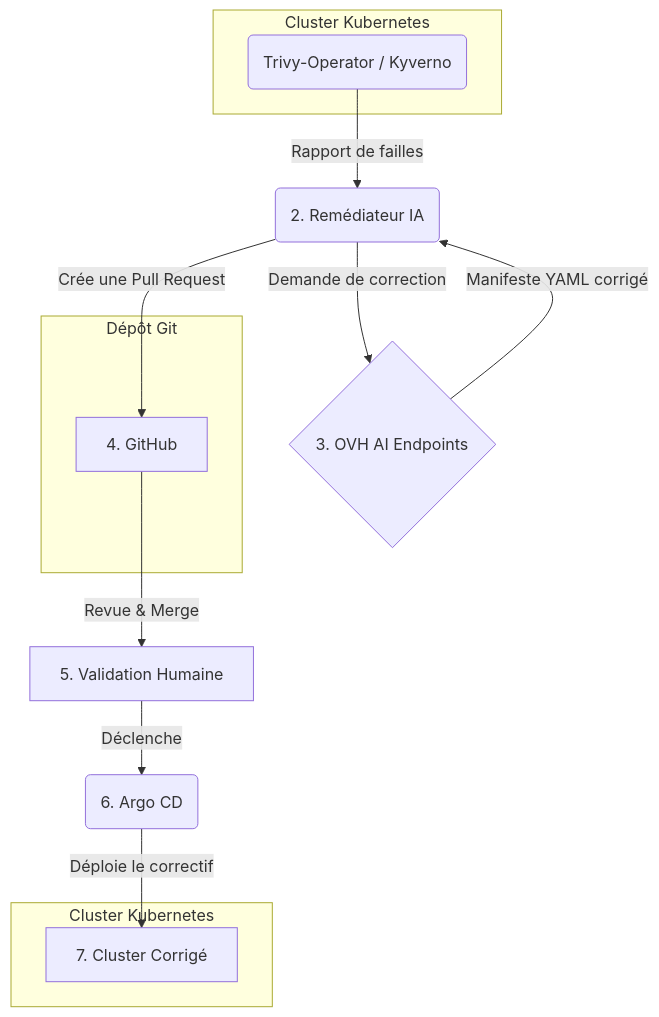
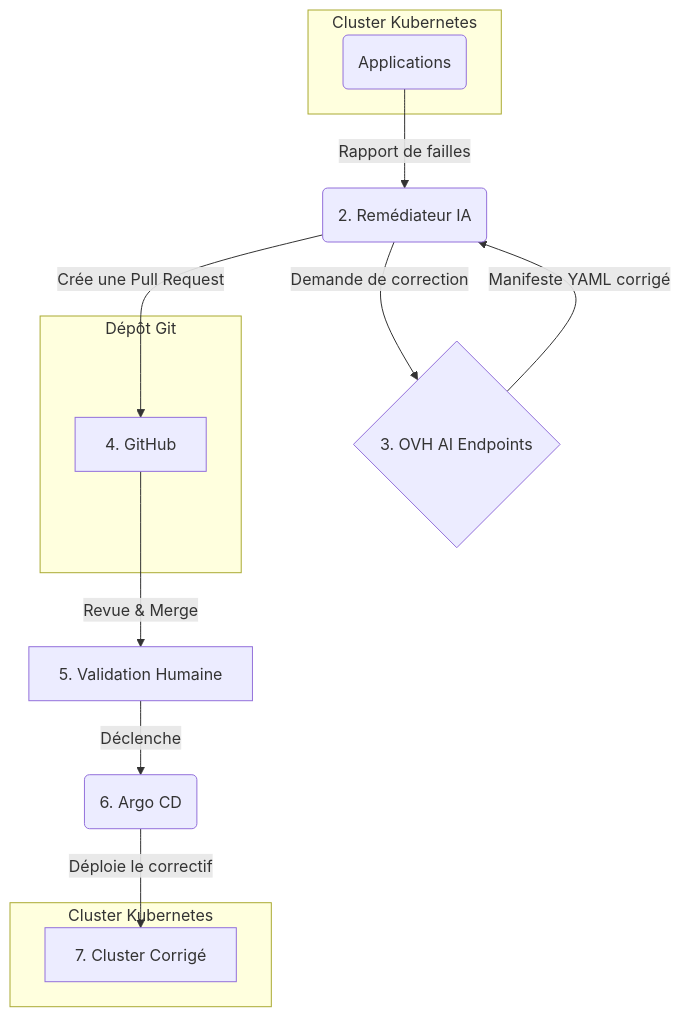
The diagram in README.md (Juliette117/hackathon_ovh_ynov), drawn with Mermaid before and after one commit.

````diff
--- a/README.md
+++ b/README.md
@@ -22,23 +22,23 @@
 ```mermaid
 graph TD
     A[1. Détection continue] -- Rapport de failles --> B;
     subgraph Cluster Kubernetes
-        A(Trivy-Operator / Kyverno);
+        A(Applications);
     end
 
     B(2. Remédiateur IA) -- Demande de correction --> C{3. OVH AI Endpoints};
     C -- Manifeste YAML corrigé --> B;
 
     B -- Crée une Pull Request --> D[4. GitHub];
     subgraph Dépôt Git
         D;
     end
 
     D -- Revue & Merge --> E[5. Validation Humaine];
     E -- Déclenche --> F(6. Argo CD);
 
     F -- Déploie le correctif --> G[7. Cluster Corrigé];
     subgraph Cluster Kubernetes
         G;
     end
 ```
````
